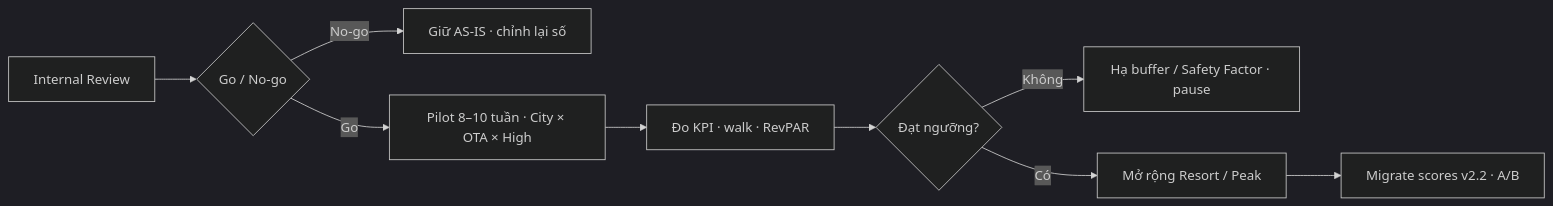
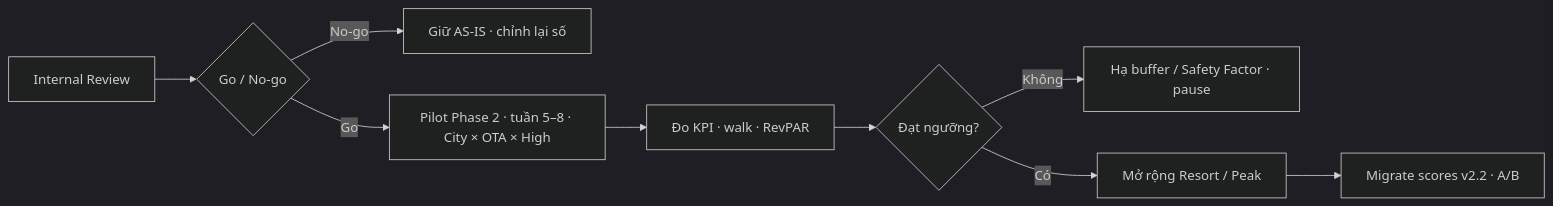
Before and after one commit to KANguyen2802/Hotel-Booking-Demand: the fourth of 4 diagrams in reports/26_overbooking_buffer_strategy.md, drawn with Mermaid (dark theme). The commit also changed other lines of this file and 8 other files, not shown here.

Commit message:
Add decision-style strategy memos and a 16-week go/no-go timeline so policy reports read as approvals, not checklists.

````diff
--- a/reports/26_overbooking_buffer_strategy.md
+++ b/reports/26_overbooking_buffer_strategy.md
@@ -198,14 +212,14 @@
 ```mermaid
 flowchart LR
   accTitle: Pilot roadmap overbooking
   accDescr: Board go or no-go then fixed pilot then KPI review then expand or migrate to v2.2.
 
   A[Internal Review] --> B{Go / No-go}
   B -->|No-go| Z[Giữ AS-IS · chỉnh lại số]
-  B -->|Go| C["Pilot 8–10 tuần · City × OTA × High"]
+  B -->|Go| C["Pilot Phase 2 · tuần 5–8 · City × OTA × High"]
   C --> D[Đo KPI · walk · RevPAR]
   D --> E{Đạt ngưỡng?}
   E -->|Không| F[Hạ buffer / Safety Factor · pause]
   E -->|Có| G[Mở rộng Resort / Peak]
   G --> H[Migrate scores v2.2 · A/B]
 ```
````
